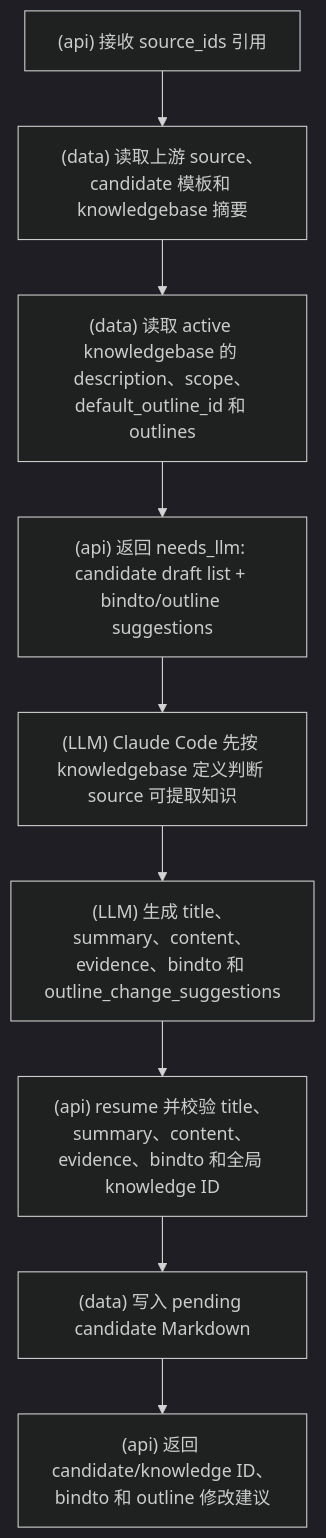
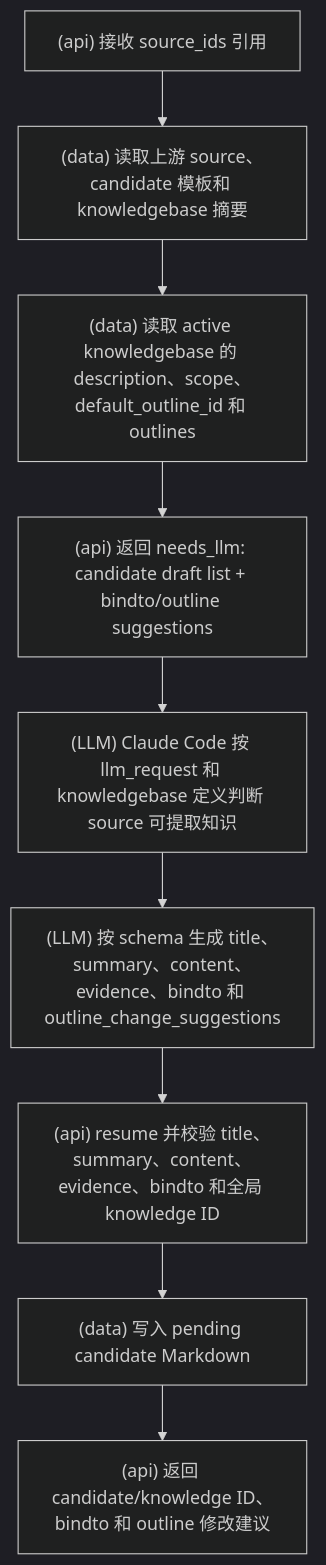
The fourth of 21 diagrams in docs/流程图.md (srangerme/KBManager), drawn with Mermaid (dark theme) before and after one commit. The commit also changed other lines of this file and 32 other files, not shown here.

````diff
--- a/docs/流程图.md
+++ b/docs/流程图.md
@@ -98,11 +98,11 @@
 ```mermaid
 flowchart TD
   A["(api) 接收 source_ids 引用"] --> B["(data) 读取上游 source、candidate 模板和 knowledgebase 摘要"]
   B --> C["(data) 读取 active knowledgebase 的 description、scope、default_outline_id 和 outlines"]
   C --> D["(api) 返回 needs_llm: candidate draft list + bindto/outline suggestions"]
-  D --> E["(LLM) Claude Code 先按 knowledgebase 定义判断 source 可提取知识"]
-  E --> F["(LLM) 生成 title、summary、content、evidence、bindto 和 outline_change_suggestions"]
+  D --> E["(LLM) Claude Code 按 llm_request 和 knowledgebase 定义判断 source 可提取知识"]
+  E --> F["(LLM) 按 schema 生成 title、summary、content、evidence、bindto 和 outline_change_suggestions"]
   F --> G["(api) resume 并校验 title、summary、content、evidence、bindto 和全局 knowledge ID"]
   G --> H["(data) 写入 pending candidate Markdown"]
   H --> I["(api) 返回 candidate/knowledge ID、bindto 和 outline 修改建议"]
 ```
````
